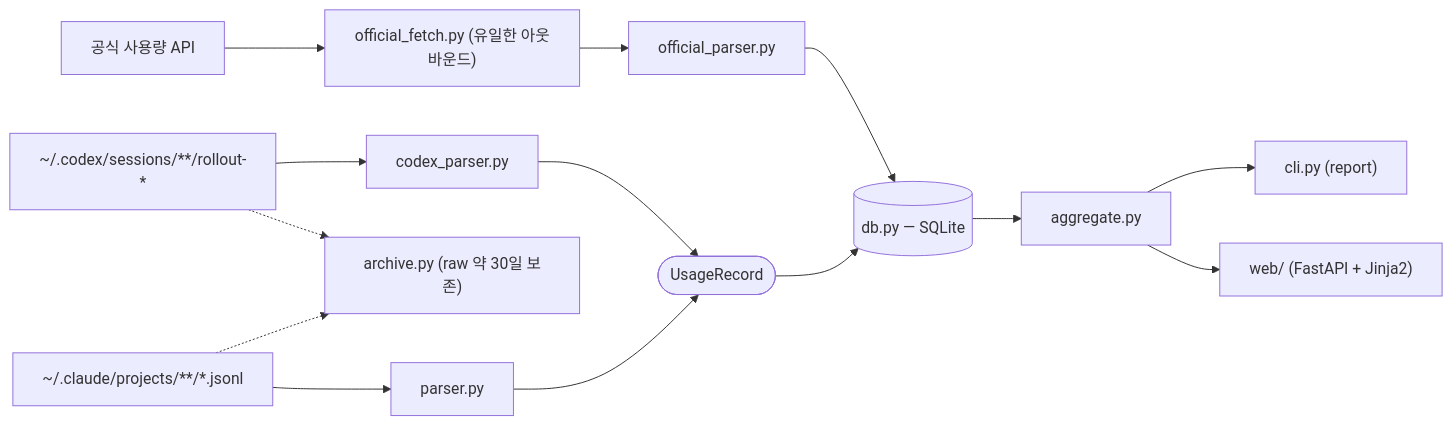
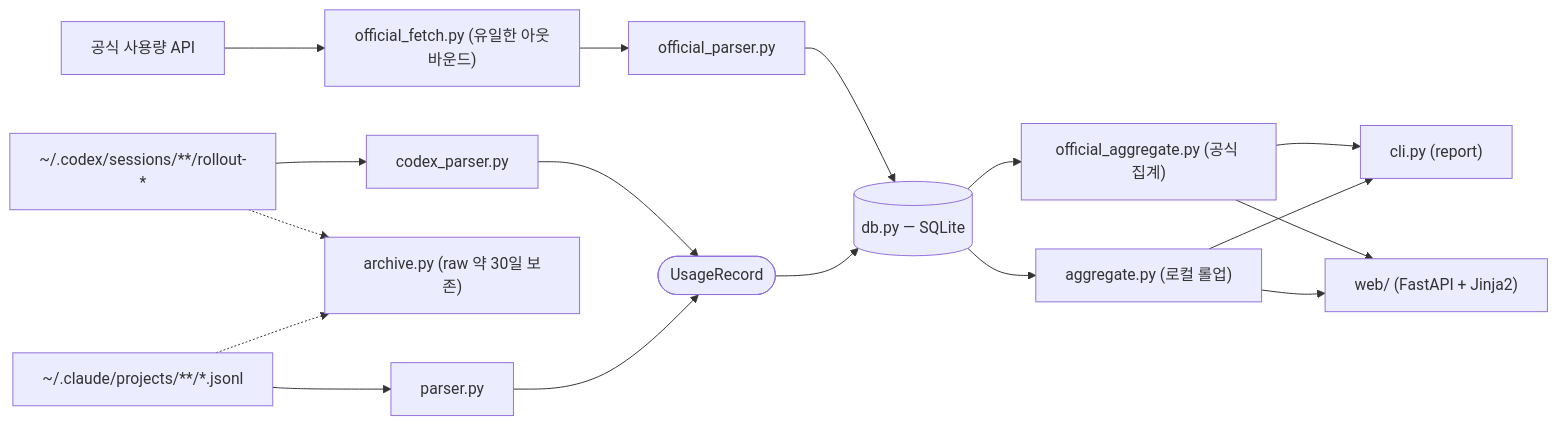
One commit to genius-kim-samsung/tokenomy changed the diagram in README.md. Above: the diagram before and after it, drawn with Mermaid. The commit also changed 26 other files, not shown here.

First line of the commit message:
refactor(aggregate): 로컬/공식 2분할 — official_aggregate·clock leaf 분리

````diff
--- a/README.md
+++ b/README.md
@@ -198,16 +198,19 @@
 ```mermaid
 flowchart LR
     CL["~/.claude/projects/**/*.jsonl"] --> PA["parser.py"]
     CX["~/.codex/sessions/**/rollout-*"] --> CP["codex_parser.py"]
     CL -.-> AR["archive.py (raw 약 30일 보존)"]
     CX -.-> AR
     PA --> UR(["UsageRecord"])
     CP --> UR
     UR --> DB[("db.py — SQLite")]
     API["공식 사용량 API"] --> OF["official_fetch.py (유일한 아웃바운드)"]
     OF --> OP["official_parser.py"]
     OP --> DB
-    DB --> AG["aggregate.py"]
+    DB --> AG["aggregate.py (로컬 롤업)"]
+    DB --> OA["official_aggregate.py (공식 집계)"]
     AG --> CLI["cli.py (report)"]
     AG --> WEB["web/ (FastAPI + Jinja2)"]
+    OA --> CLI
+    OA --> WEB
 ```
````
